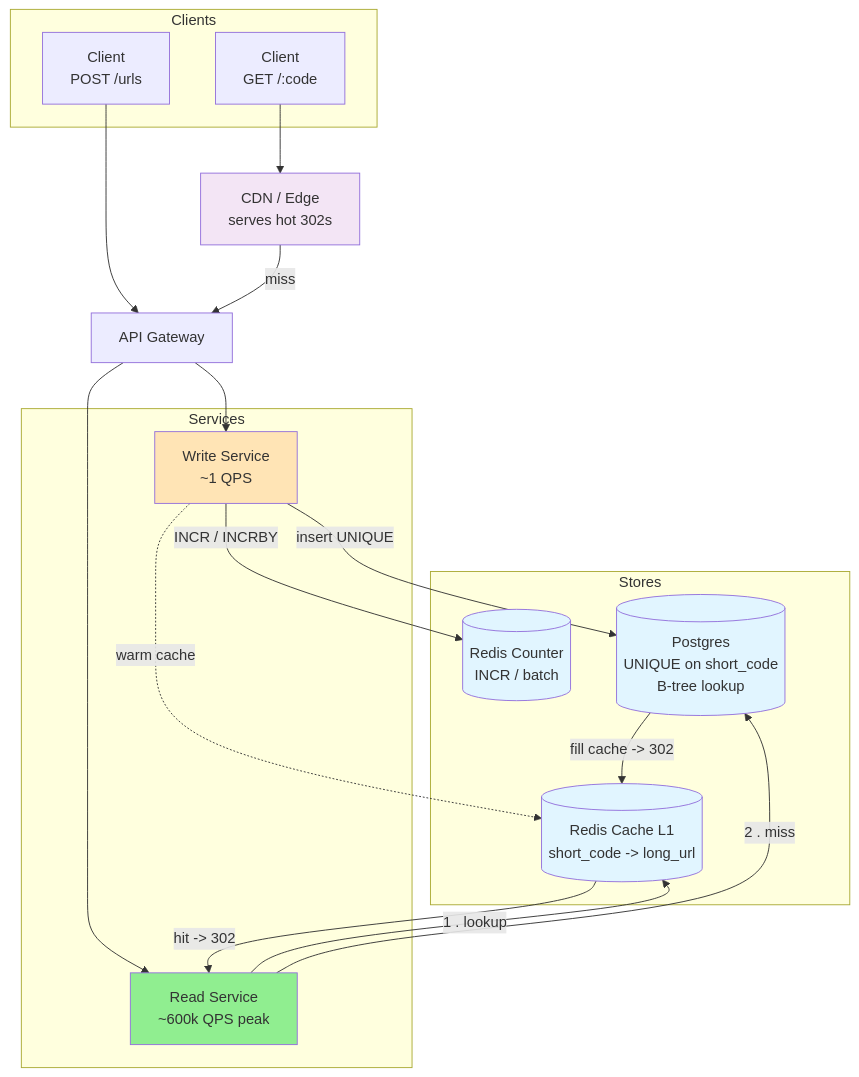
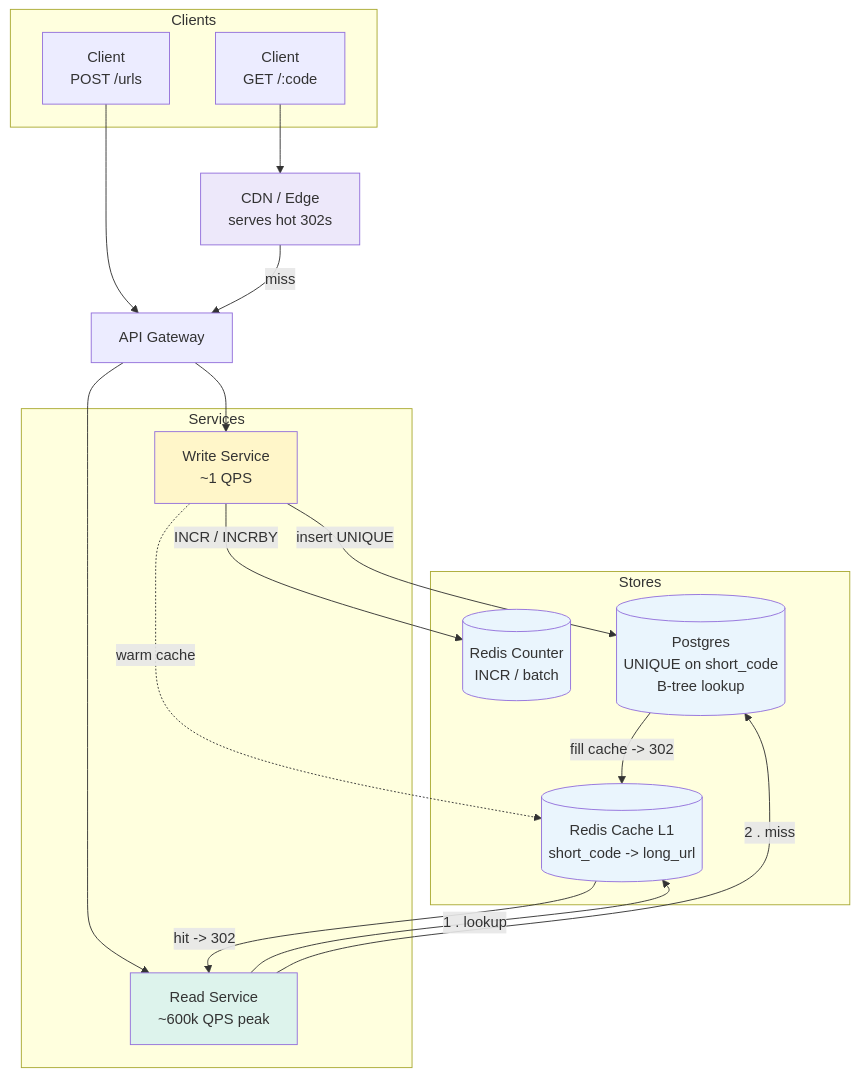
One commit to cartmancodes/InterviewVault changed the first of 6 diagrams in LLD/questions/Design Bitly.md. Above: the diagram before and after it, drawn with Mermaid. The commit also changed other lines of this file and 679 other files, not shown here.

Commit message:
Unify content diagrams and add accessible visual walkthroughs

````diff
--- a/LLD/questions/Design Bitly.md
+++ b/LLD/questions/Design Bitly.md
@@ -126,43 +126,43 @@
 ```mermaid
 graph TB
     subgraph Clients
         WC[Client<br/>POST /urls]
         RC[Client<br/>GET /:code]
     end
 
     CDN[CDN / Edge<br/>serves hot 302s]
     GW[API Gateway]
 
     subgraph Services
         WS[Write Service<br/>~1 QPS]
         RS[Read Service<br/>~600k QPS peak]
     end
 
     subgraph Stores
         COUNTER[(Redis Counter<br/>INCR / batch)]
         CACHE[(Redis Cache L1<br/>short_code -> long_url)]
         DB[(Postgres<br/>UNIQUE on short_code<br/>B-tree lookup)]
     end
 
     WC --> GW
     RC --> CDN
     CDN -->|miss| GW
     GW --> WS
     GW --> RS
 
     WS -->|INCR / INCRBY| COUNTER
     WS -->|insert UNIQUE| DB
     WS -.warm cache.-> CACHE
 
     RS -->|1 . lookup| CACHE
     CACHE -->|hit -> 302| RS
     RS -->|2 . miss| DB
     DB -->|fill cache -> 302| CACHE
 
-    style CDN fill:#f3e5f5
-    style COUNTER fill:#e1f5ff
-    style CACHE fill:#e1f5ff
-    style DB fill:#e1f5ff
-    style RS fill:#90EE90
-    style WS fill:#FFE4B5
+    style CDN fill:#EDE8FA
+    style COUNTER fill:#EAF5FD
+    style CACHE fill:#EAF5FD
+    style DB fill:#EAF5FD
+    style RS fill:#DDF3EC
+    style WS fill:#FFF6C9
 ```
````
